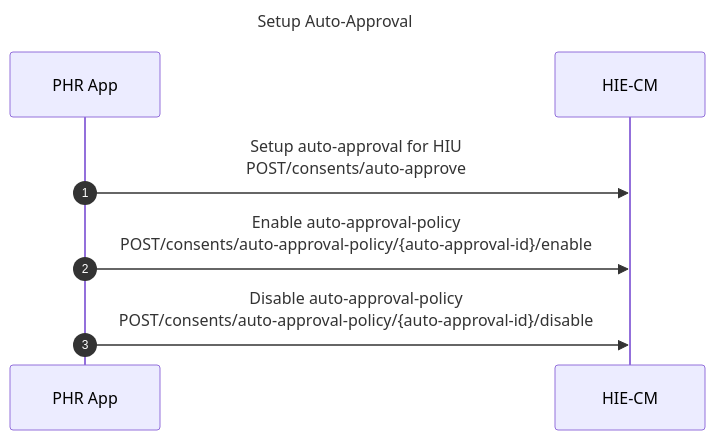
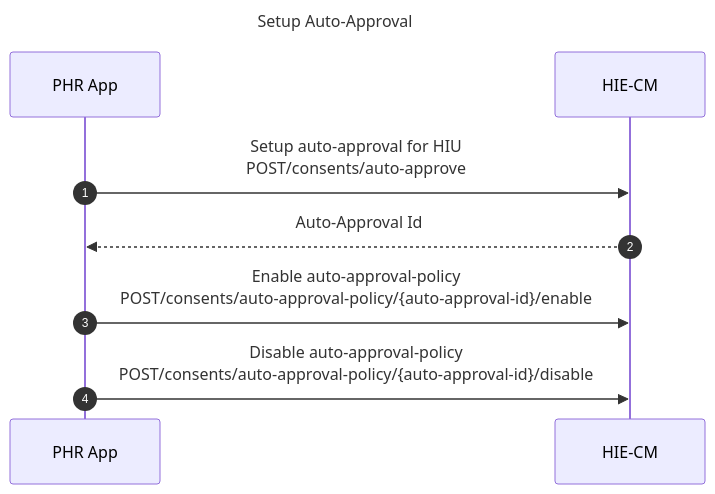
The diagram in content/5-building-a-phr-app/setup-auto-approval.md (kiranma72/abdm-docs), drawn with Mermaid before and after one commit. The commit also changed 3 other files, not shown here.

Commit message:
sequence diagrams

```diff
--- a/content/5-building-a-phr-app/setup-auto-approval.md
+++ b/content/5-building-a-phr-app/setup-auto-approval.md
@@ -22,8 +22,9 @@
 {{< mermaid >}}
 %%{init:{"fontSize": "1.0rem", "sequence":{"showSequenceNumbers":true}}}%%
 sequenceDiagram
 title Setup Auto-Approval
 PHR App->>HIE-CM: Setup auto-approval for HIU<br/>POST/consents/auto-approve
+HIE-CM-->>PHR App:Auto-Approval Id
 PHR App->>HIE-CM: Enable auto-approval-policy<br/>POST/consents/auto-approval-policy/{auto-approval-id}/enable
 PHR App->>HIE-CM: Disable auto-approval-policy<br/>POST/consents/auto-approval-policy/{auto-approval-id}/disable 
 {{< /mermaid >}}
```
